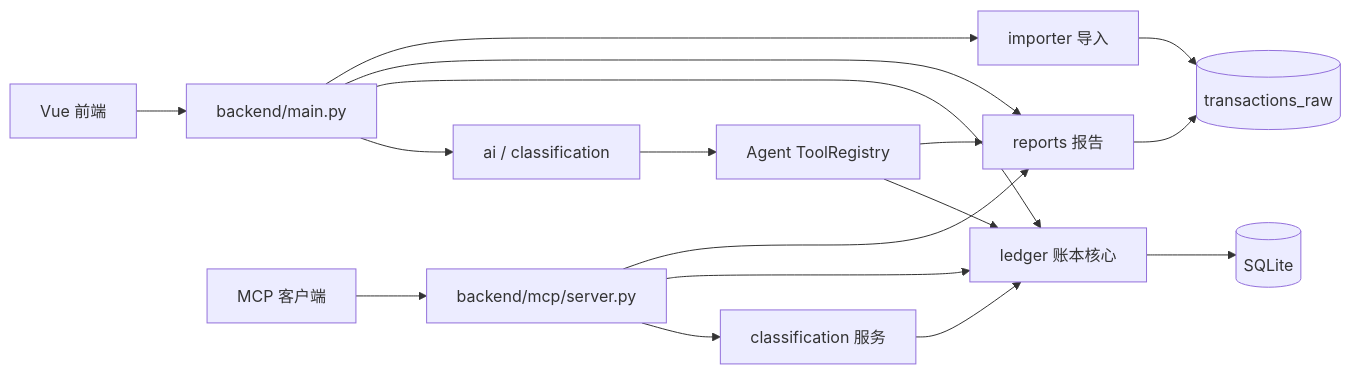
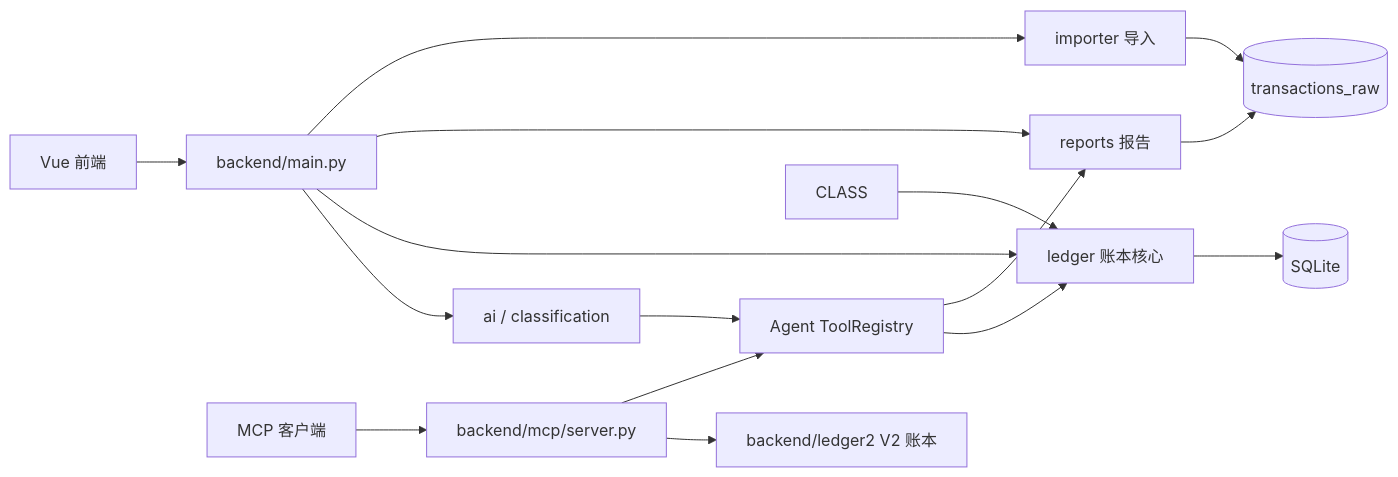
Before and after one commit to Ryan-Big-Data-grade24-scut/ai-finance-assistant: the first of 2 diagrams in docs/团队协作与模块文件说明.md, drawn with Mermaid. The commit also changed other lines of this file and 45 other files, not shown here.

````diff
--- a/docs/团队协作与模块文件说明.md
+++ b/docs/团队协作与模块文件说明.md
@@ -43,19 +43,18 @@
 ```mermaid
 flowchart LR
     UI[Vue 前端] --> API[backend/main.py]
     API --> IMPORT[importer 导入]
     API --> REPORT[reports 报告]
     API --> LEDGER[ledger 账本核心]
     API --> AI[ai / classification]
     MCP[MCP 客户端] --> MCPS[backend/mcp/server.py]
-    MCPS --> REPORT
-    MCPS --> LEDGER
-    MCPS --> CLASS[classification 服务]
+    MCPS --> TOOLS
+    MCPS --> V2[backend/ledger2 V2 账本]
     AI --> TOOLS[Agent ToolRegistry]
     TOOLS --> REPORT
     TOOLS --> LEDGER
     IMPORT --> RAW[(transactions_raw)]
     REPORT --> RAW
     LEDGER --> DB[(SQLite)]
     CLASS --> LEDGER
 ```
````
